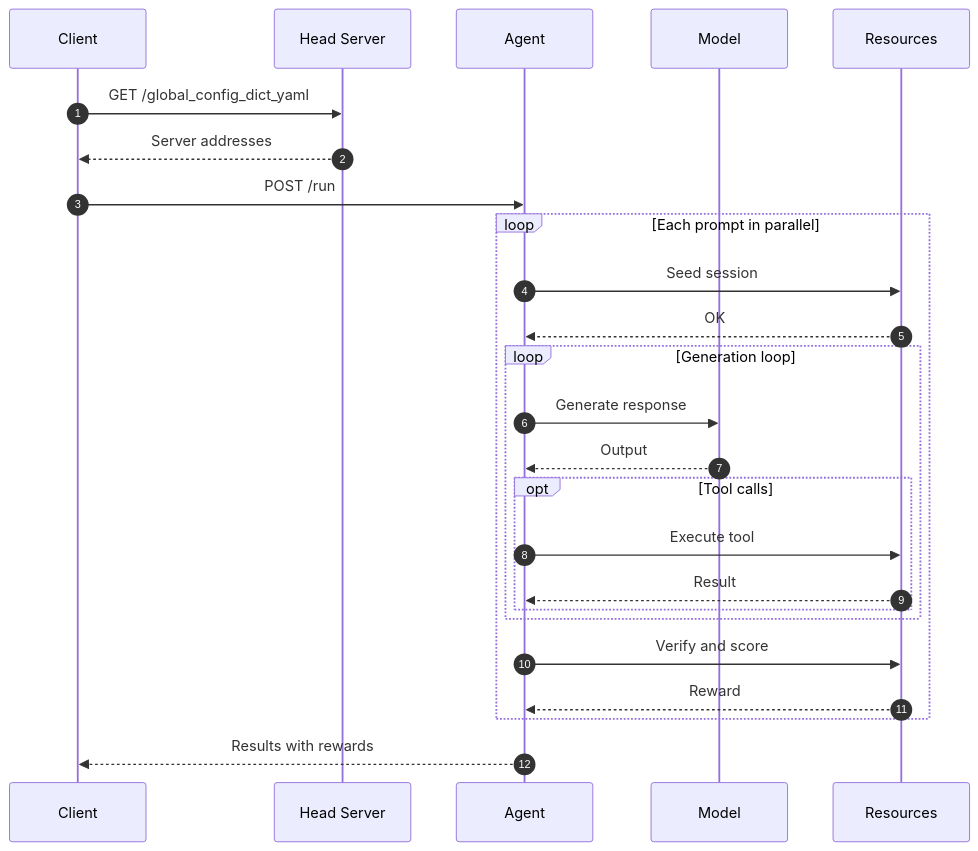
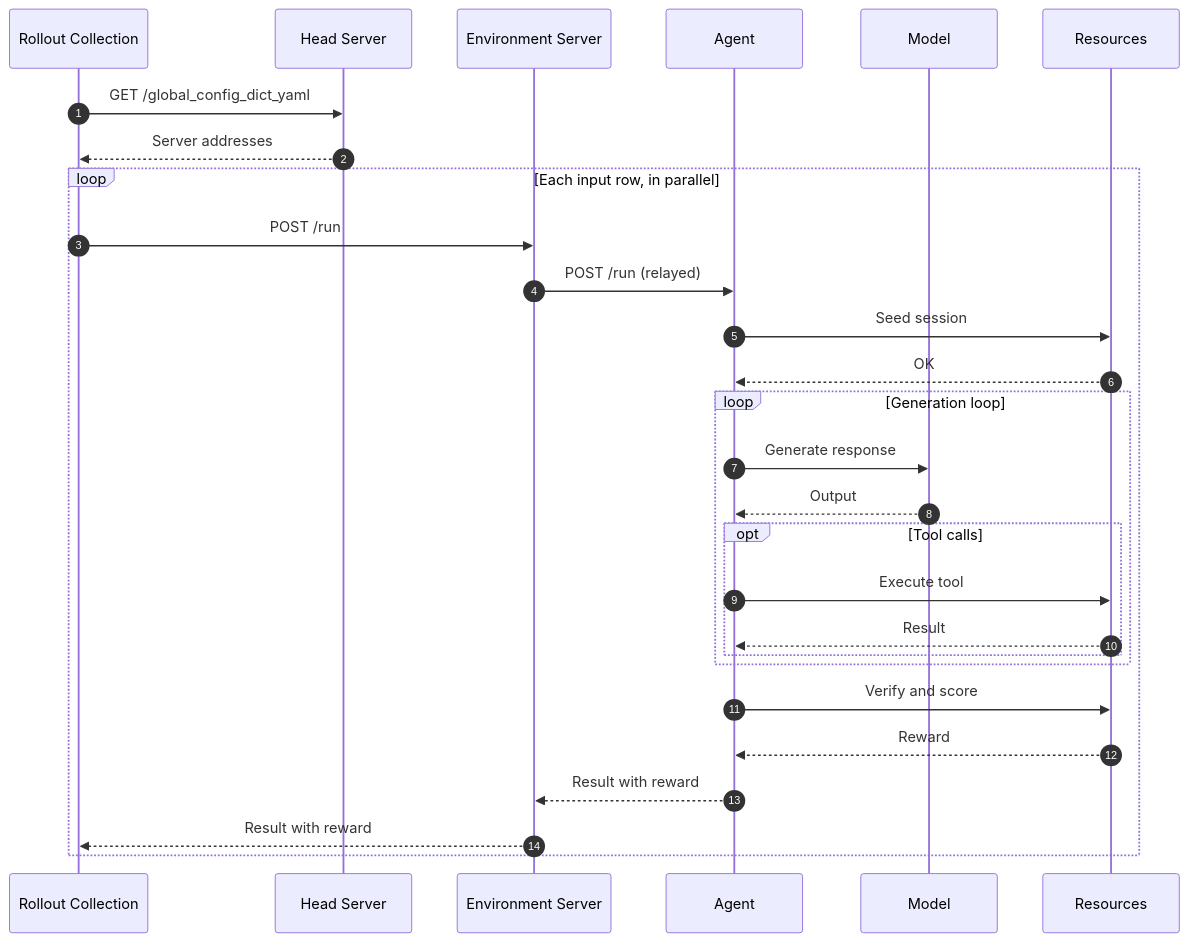
The fourth of 4 diagrams in fern/versions/latest/pages/infrastructure/engineering-notes/system-design.mdx (roudimit/Gym), drawn with Mermaid before and after one commit. The commit also changed other lines of this file, not shown here.

First line of the commit message:
docs(infrastructure): correct system design page startup and rollout flow (#4101)

````diff
--- a/fern/versions/latest/pages/infrastructure/engineering-notes/system-design.mdx
+++ b/fern/versions/latest/pages/infrastructure/engineering-notes/system-design.mdx
@@ -140,35 +187,38 @@
 ```mermaid
 %%{init: {'theme': 'default', 'themeVariables': { 'lineColor': '#5c6bc0', 'primaryTextColor': '#333'}}}%%
 sequenceDiagram
     autonumber
-    participant Client as Client
+    participant Client as Rollout Collection
     participant Head as Head Server
+    participant Env as Environment Server
     participant Agent as Agent
     participant Model as Model
     participant Resources as Resources
-    
+
     Client->>Head: GET /global_config_dict_yaml
     Head-->>Client: Server addresses
-    
-    Client->>Agent: POST /run
-    
-    loop Each prompt in parallel
+
+    loop Each input row, in parallel
+        Client->>Env: POST /run
+        Env->>Agent: POST /run (relayed)
+
         Agent->>Resources: Seed session
         Resources-->>Agent: OK
-        
+
         loop Generation loop
             Agent->>Model: Generate response
             Model-->>Agent: Output
-            
+
             opt Tool calls
                 Agent->>Resources: Execute tool
                 Resources-->>Agent: Result
             end
         end
-        
+
         Agent->>Resources: Verify and score
         Resources-->>Agent: Reward
+
+        Agent-->>Env: Result with reward
+        Env-->>Client: Result with reward
     end
-    
-    Agent-->>Client: Results with rewards
 ```
````
